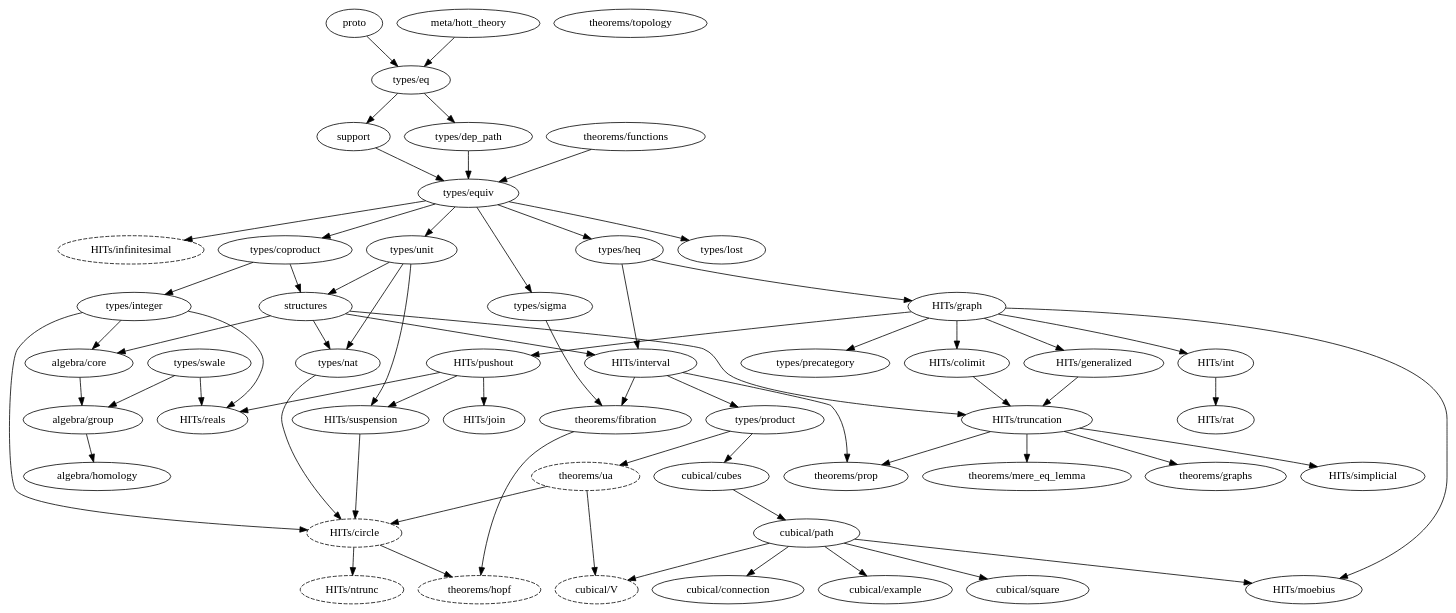
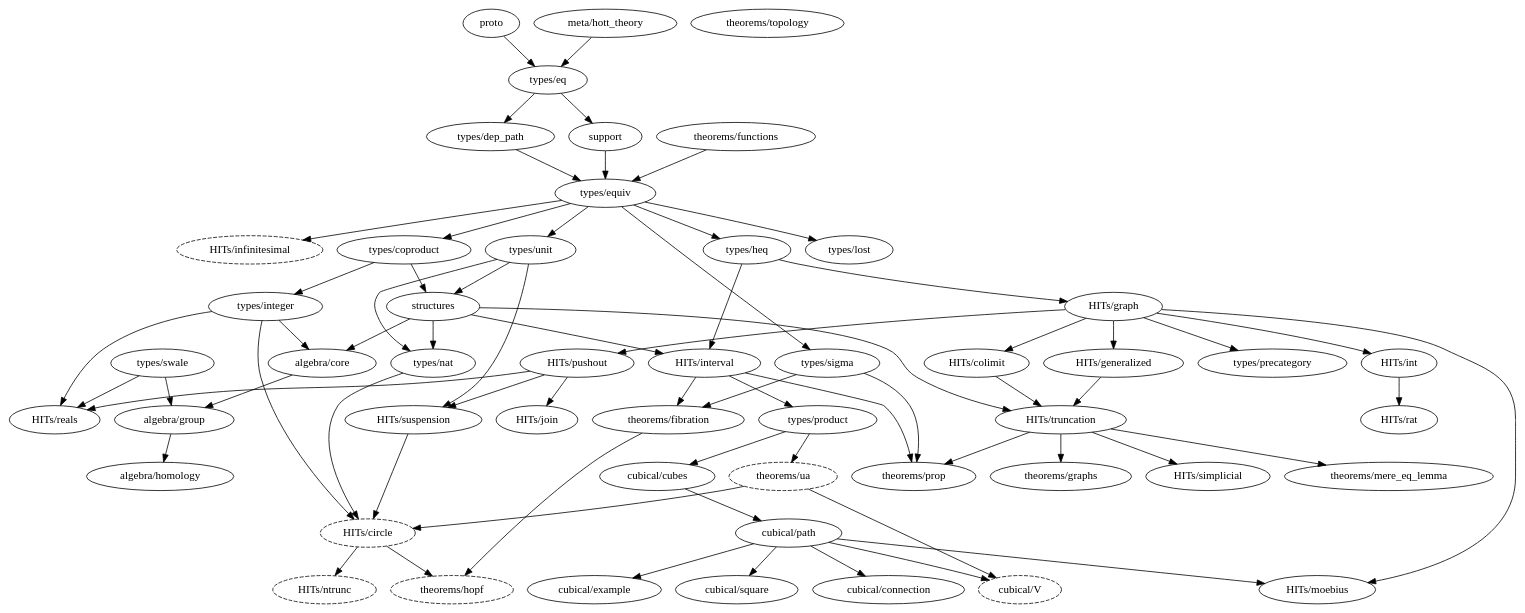
One commit to forked-from-1kasper/ground_zero changed the diagram in dependency_map.gv. Above: the diagram before and after it, drawn with Graphviz. The commit also changed 6 other files, not shown here.

```diff
--- a/dependency_map.gv
+++ b/dependency_map.gv
@@ -1,117 +1,117 @@
 digraph dependency_map {
   proto -> "types/eq"
   "meta/hott_theory" -> "types/eq"
   support -> "types/equiv"
   structures -> {
     "HITs/interval",
     "HITs/truncation",
     "algebra/core",
     "types/nat"
   }
 
   subgraph univalence {
     node [style=dashed]
     "HITs/circle"
     "HITs/infinitesimal"
     "HITs/ntrunc"
     "theorems/ua"
     "cubical/V"
     "theorems/hopf"
   }
 
   subgraph algebra {
     "algebra/core" -> "algebra/group"
     "algebra/group" -> "algebra/homology"
     "algebra/homology"
   }
 
   subgraph types {
     "types/coproduct" -> { "types/integer", structures }
     "types/dep_path" -> "types/equiv"
     "types/eq" -> { "types/dep_path", support }
     "types/equiv" -> {
       "types/heq",
       "HITs/infinitesimal",
       "types/coproduct",
       "types/lost",
       "types/unit",
       "types/sigma"
     }
     "types/heq" -> {
       "HITs/interval",
       "HITs/graph"
     }
     "types/integer" -> { "HITs/circle", "HITs/reals", "algebra/core" }
     "types/lost"
     "types/nat" -> { "HITs/circle" }
     "types/product" -> { "cubical/cubes", "theorems/ua" }
-    "types/sigma" -> { "theorems/fibration" }
+    "types/sigma" -> { "theorems/fibration", "theorems/prop" }
     "types/swale" -> { "HITs/reals", "algebra/group" }
     "types/unit" -> { structures, "HITs/suspension", "types/nat" }
   }
 
   subgraph HITs {
     "HITs/circle" -> { "HITs/ntrunc", "theorems/hopf" }
     "HITs/colimit" -> "HITs/truncation"
     "HITs/generalized" -> "HITs/truncation"
     "HITs/graph" -> {
       "HITs/colimit",
       "HITs/generalized",
       "HITs/int",
       "HITs/pushout",
       "HITs/moebius",
       "types/precategory"
     }
     "HITs/infinitesimal"
     "HITs/int" -> "HITs/rat"
     "HITs/interval" -> {
       "types/product",
       "theorems/prop",
       "theorems/fibration"
     }
     "HITs/join"
     "HITs/moebius"
     "HITs/ntrunc"
     "HITs/pushout" -> {
       "HITs/join",
       "HITs/reals",
       "HITs/suspension"
     }
     "HITs/rat"
     "HITs/reals"
     "HITs/simplicial"
     "HITs/suspension" -> "HITs/circle"
     "HITs/truncation" -> {
       "theorems/mere_eq_lemma",
       "theorems/prop",
       "theorems/graphs",
       "HITs/simplicial"
     }
   }
 
   subgraph cubical {
     "cubical/connection"
     "cubical/cubes" -> "cubical/path"
     "cubical/example"
     "cubical/path" -> {
       "cubical/square",
       "cubical/example",
       "cubical/V",
       "cubical/connection",
       "HITs/moebius"
     }
     "cubical/square"
     "cubical/V"
   }
 
   subgraph theorems {
     "theorems/fibration" -> { "theorems/hopf" }
     "theorems/functions" -> { "types/equiv" }
     "theorems/graphs"
     "theorems/hopf"
     "theorems/mere_eq_lemma"
     "theorems/prop"
     "theorems/topology"
     "theorems/ua" -> { "HITs/circle", "cubical/V" }
   }
 }
```
